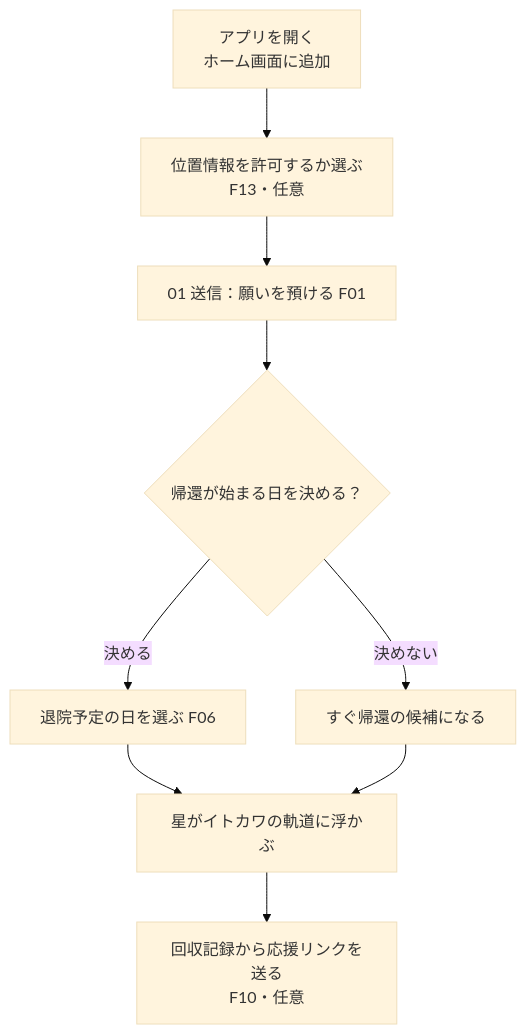
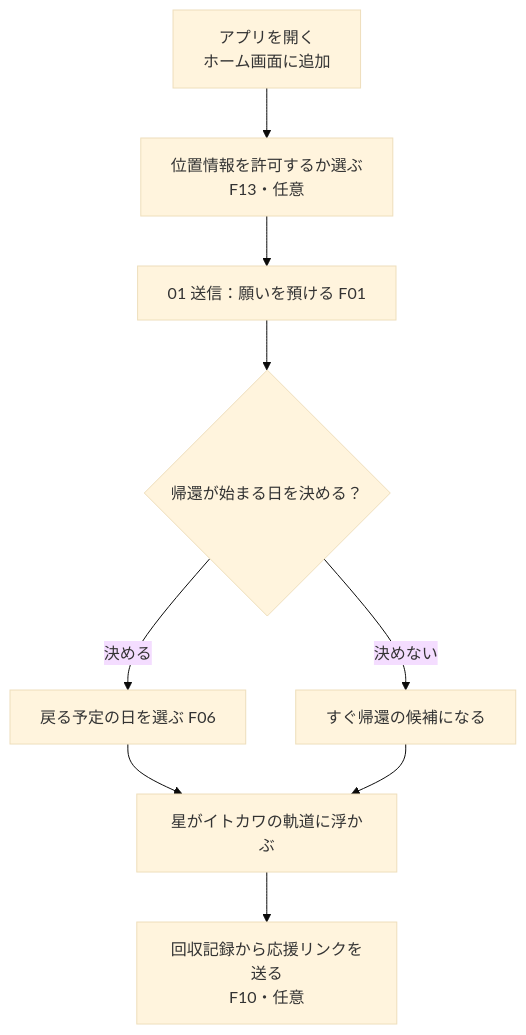
Before and after one commit to mai-san447/hello-earth-25143: the first of 4 diagrams in docs/ユーザーフロー.md, drawn with Mermaid (base theme). The commit also changed other lines of this file and 7 other files, not shown here.

````diff
--- a/docs/ユーザーフロー.md
+++ b/docs/ユーザーフロー.md
@@ -13,11 +13,11 @@
 ```mermaid
 flowchart TD
     A[アプリを開く<br/>ホーム画面に追加] --> B[位置情報を許可するか選ぶ<br/>F13・任意]
     B --> C[01 送信：願いを預ける F01]
     C --> D{帰還が始まる日を決める？}
-    D -->|決める| E[退院予定の日を選ぶ F06]
+    D -->|決める| E[戻る予定の日を選ぶ F06]
     D -->|決めない| F[すぐ帰還の候補になる]
     E --> G[星がイトカワの軌道に浮かぶ]
     F --> G
     G --> H[回収記録から応援リンクを送る<br/>F10・任意]
 ```
````
